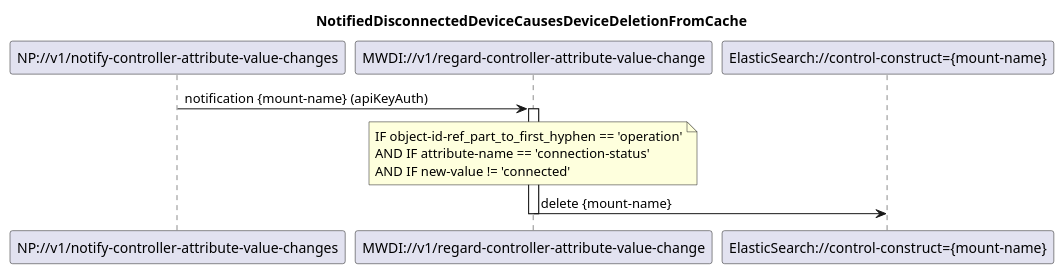
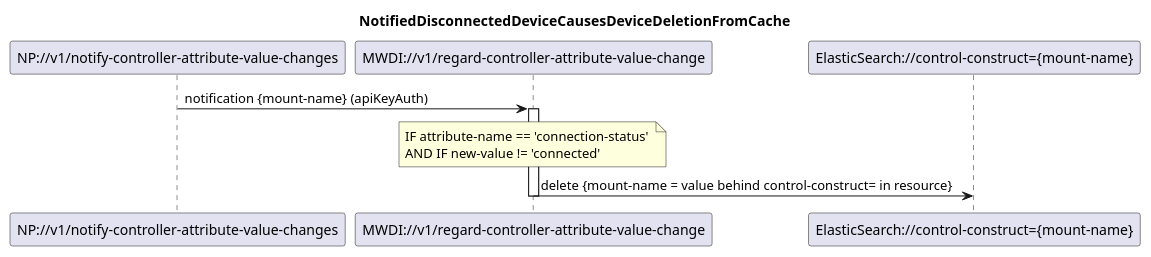
The diagram in spec/diagrams/021_NotificationBasedDeviceListSyncDelete.plantuml (openBackhaul/MicroWaveDeviceInventory), drawn with PlantUML before and after one commit. The commit also changed 20 other files, not shown here.

Commit message:
Review diagrams, services, forwardings, oas

```diff
--- a/spec/diagrams/021_NotificationBasedDeviceListSyncDelete.plantuml
+++ b/spec/diagrams/021_NotificationBasedDeviceListSyncDelete.plantuml
@@ -1,22 +1,21 @@
 @startuml 021_NotificationBasedDeviceListSyncDelete
 skinparam responseMessageBelowArrow true
 
 title  NotifiedDisconnectedDeviceCausesDeviceDeletionFromCache
 
 participant "NP://v1/notify-controller-attribute-value-changes" as subscription
 participant "MWDI://v1/regard-controller-attribute-value-change" as regardDisconnectedDevice
 participant "ElasticSearch://control-construct={mount-name}" as es
 
 subscription -> regardDisconnectedDevice: notification {mount-name} (apiKeyAuth)
 activate regardDisconnectedDevice
 
 note over regardDisconnectedDevice
-IF object-id-ref_part_to_first_hyphen == 'operation'
-AND IF attribute-name == 'connection-status' 
+IF attribute-name == 'connection-status' 
 AND IF new-value != 'connected'
 end note
 
-regardDisconnectedDevice -> es: delete {mount-name}
+regardDisconnectedDevice -> es: delete {mount-name = value behind control-construct= in resource}
 deactivate regardDisconnectedDevice
 
 @enduml
```
